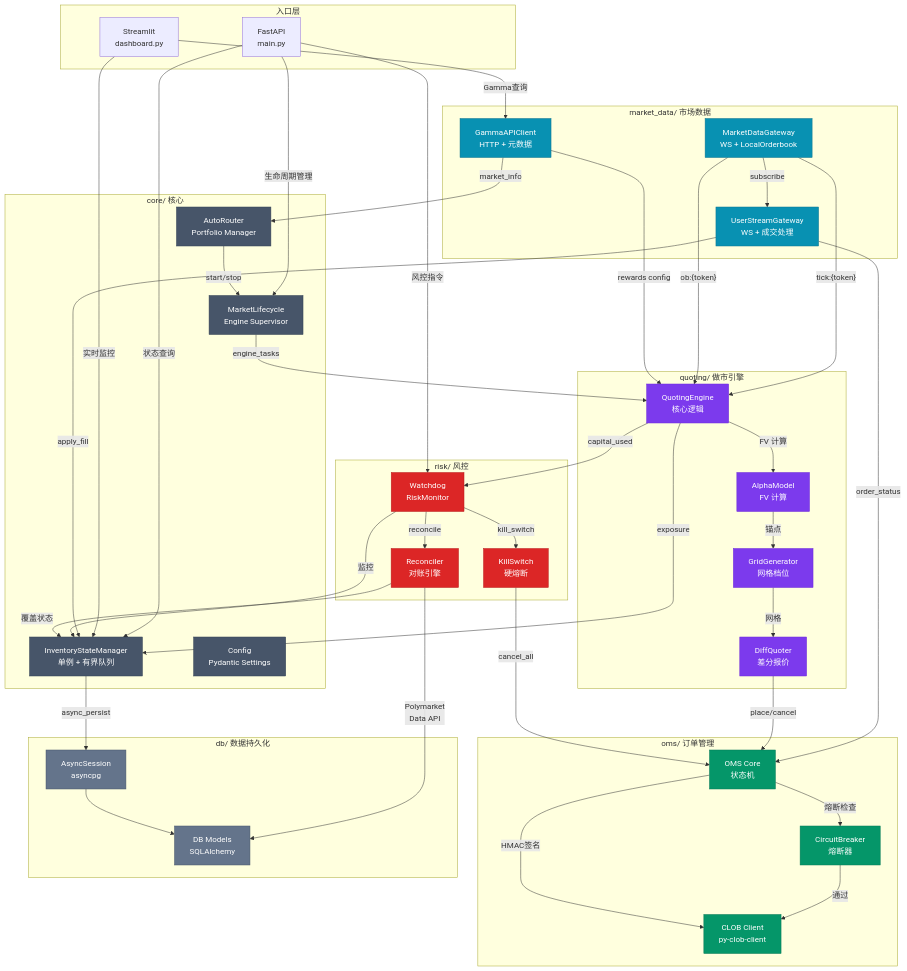
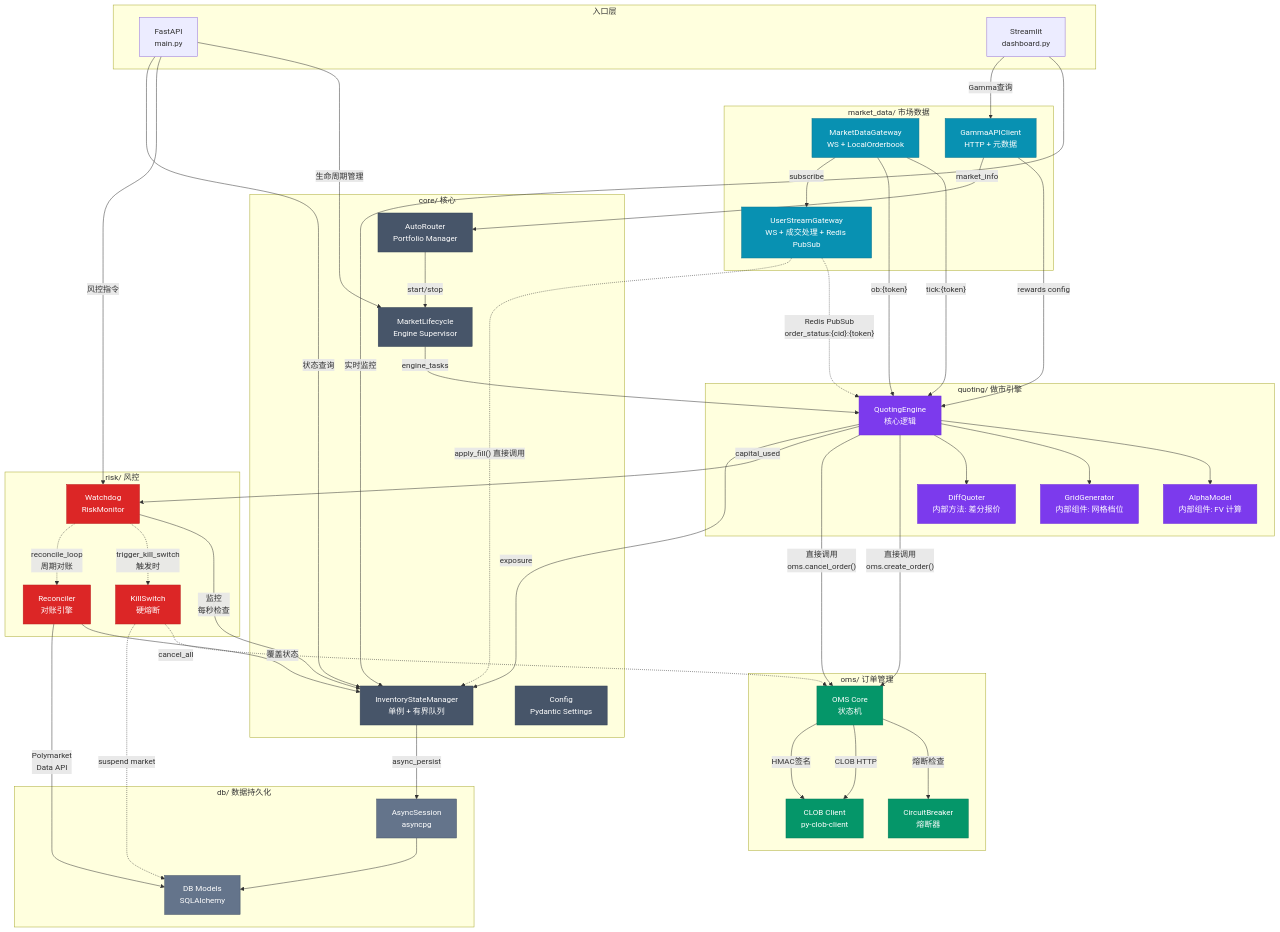
The diagram in spec/architecture_diagrams/02_module_relationships.md (liu-kaining/PolyMatrixEngine), drawn with Mermaid before and after one commit. The commit also changed 11 other files, not shown here.

```diff
--- a/spec/architecture_diagrams/02_module_relationships.md
+++ b/spec/architecture_diagrams/02_module_relationships.md
@@ -15,7 +15,7 @@
 
     subgraph MarketData["market_data/ 市场数据"]
         Gateway["MarketDataGateway<br/>WS + LocalOrderbook"]
-        UserStream["UserStreamGateway<br/>WS + 成交处理"]
+        UserStream["UserStreamGateway<br/>WS + 成交处理 + Redis PubSub"]
         Gamma["GammaAPIClient<br/>HTTP + 元数据"]
     end
 
@@ -28,10 +28,14 @@
 
     subgraph Quoting["quoting/ 做市引擎"]
         Engine["QuotingEngine<br/>核心逻辑"]
-        Alpha["AlphaModel<br/>FV 计算"]
-        Grid["GridGenerator<br/>网格档位"]
-        Diff["DiffQuoter<br/>差分报价"]
+        Alpha["AlphaModel<br/>内部组件: FV 计算"]
+        Grid["GridGenerator<br/>内部组件: 网格档位"]
+        Diff["DiffQuoter<br/>内部方法: 差分报价"]
     end
+
+    Engine --> Alpha
+    Engine --> Grid
+    Engine --> Diff
 
     subgraph OMS["oms/ 订单管理"]
         OMSCore["OMS Core<br/>状态机"]
@@ -64,31 +68,31 @@
     Gateway -->|"ob:{token}"| Engine
     Gateway -->|"subscribe"| UserStream
 
-    UserStream -->|"apply_fill"| InvState
-    UserStream -->|"order_status"| OMSCore
+    %% UserStream 通过 Redis PubSub 发布成交事件
+    UserStream -.->|"Redis PubSub<br/>order_status:{cid}:{token}"| Engine
+    UserStream -.->|"apply_fill() 直接调用"| InvState
 
     Gamma -->|"rewards config"| Engine
     Gamma -->|"market_info"| AutoRouter
 
-    %% 引擎内部
-    Engine -->|"FV 计算"| Alpha
-    Alpha -->|"锚点"| Grid
-    Grid -->|"网格"| Diff
-    Diff -->|"place/cancel"| OMSCore
+    %% 引擎内部 (Alpha/Grid/Diff 是内部组件)
+    Engine -->|"直接调用<br/>oms.create_order()"| OMSCore
+    Engine -->|"直接调用<br/>oms.cancel_order()"| OMSCore
 
     Engine -->|"capital_used"| Watchdog
     Engine -->|"exposure"| InvState
 
     %% OMS 执行
     OMSCore -->|"熔断检查"| Circuit
-    Circuit -->|"通过"| ClobClient
+    OMSCore -->|"CLOB HTTP"| ClobClient
     OMSCore -->|"HMAC签名"| ClobClient
 
     %% 风控
-    Watchdog -->|"监控"| InvState
-    Watchdog -->|"kill_switch"| KillSwitch
-    Watchdog -->|"reconcile"| Reconciler
-    KillSwitch -->|"cancel_all"| OMSCore
+    Watchdog -->|"监控<br/>每秒检查"| InvState
+    Watchdog -.->|"trigger_kill_switch<br/>触发时"| KillSwitch
+    Watchdog -.->|"reconcile_loop<br/>周期对账"| Reconciler
+    KillSwitch -.->|"cancel_all"| OMSCore
+    KillSwitch -.->|"suspend market"| Models
     Reconciler -->|"覆盖状态"| InvState
     Reconciler -->|"Polymarket<br/>Data API"| Models
 
```
